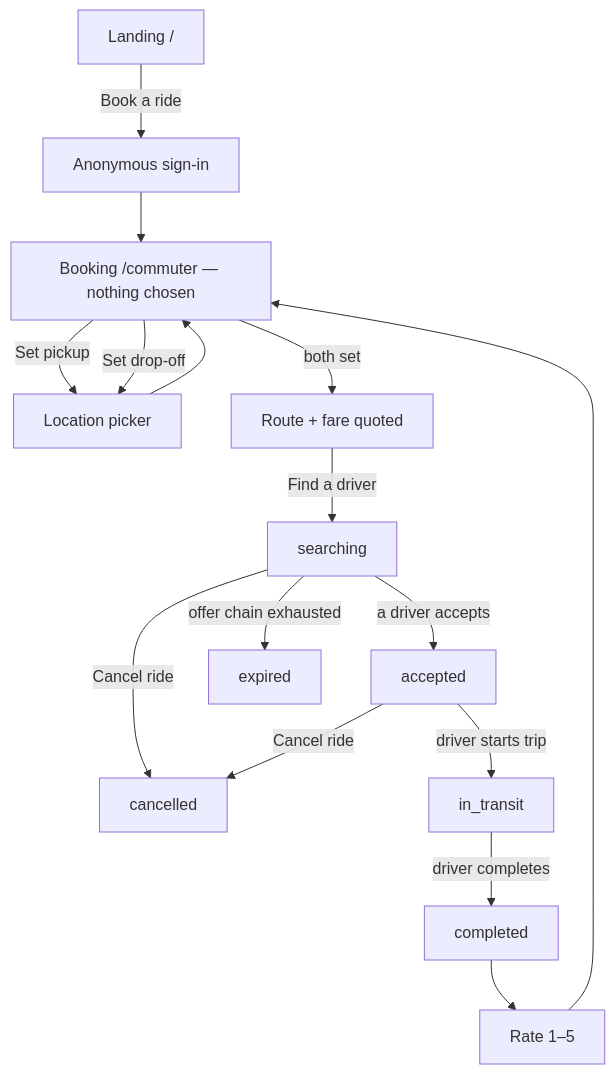
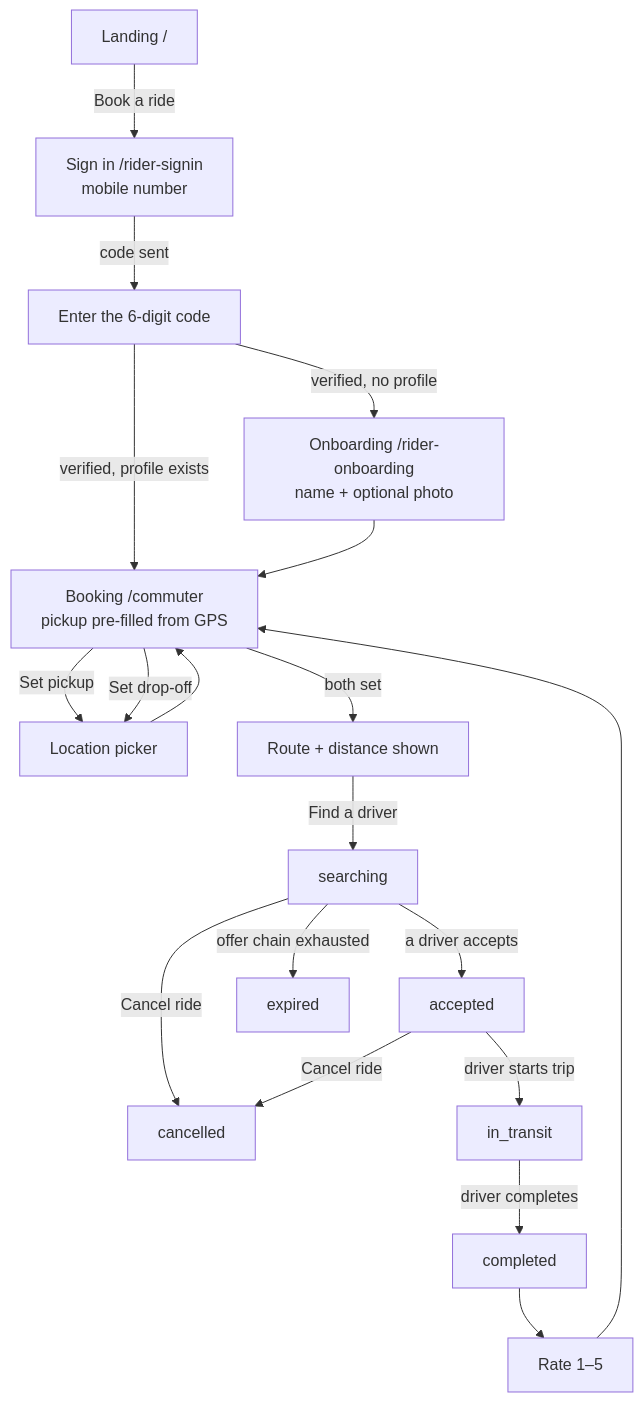
Before and after one commit to aizayne/trikekoto-web: the first of 4 diagrams in trikekoto_app/docs/screen-flows.md, drawn with Mermaid. The commit also changed other lines of this file and 118 other files, not shown here.

````diff
--- a/trikekoto_app/docs/screen-flows.md
+++ b/trikekoto_app/docs/screen-flows.md
@@ -16,18 +23,21 @@
 ```mermaid
 flowchart TD
-    L["Landing /"] -->|"Book a ride"| A["Anonymous sign-in"]
-    A --> B["Booking /commuter — nothing chosen"]
+    L["Landing /"] -->|"Book a ride"| SI["Sign in /rider-signin<br/>mobile number"]
+    SI -->|"code sent"| OTP["Enter the 6-digit code"]
+    OTP -->|"verified, no profile"| ON["Onboarding /rider-onboarding<br/>name + optional photo"]
+    OTP -->|"verified, profile exists"| B
+    ON --> B["Booking /commuter<br/>pickup pre-filled from GPS"]
     B -->|"Set pickup"| P["Location picker"]
     B -->|"Set drop-off"| P
     P --> B
-    B -->|"both set"| RT["Route + fare quoted"]
+    B -->|"both set"| RT["Route + distance shown"]
     RT -->|"Find a driver"| S["searching"]
     S -->|"a driver accepts"| AC["accepted"]
     S -->|"offer chain exhausted"| EX["expired"]
     S -->|"Cancel ride"| CN["cancelled"]
     AC -->|"Cancel ride"| CN
     AC -->|"driver starts trip"| IT["in_transit"]
     IT -->|"driver completes"| CO["completed"]
     CO --> R["Rate 1–5"]
     R --> B
 ```
````
